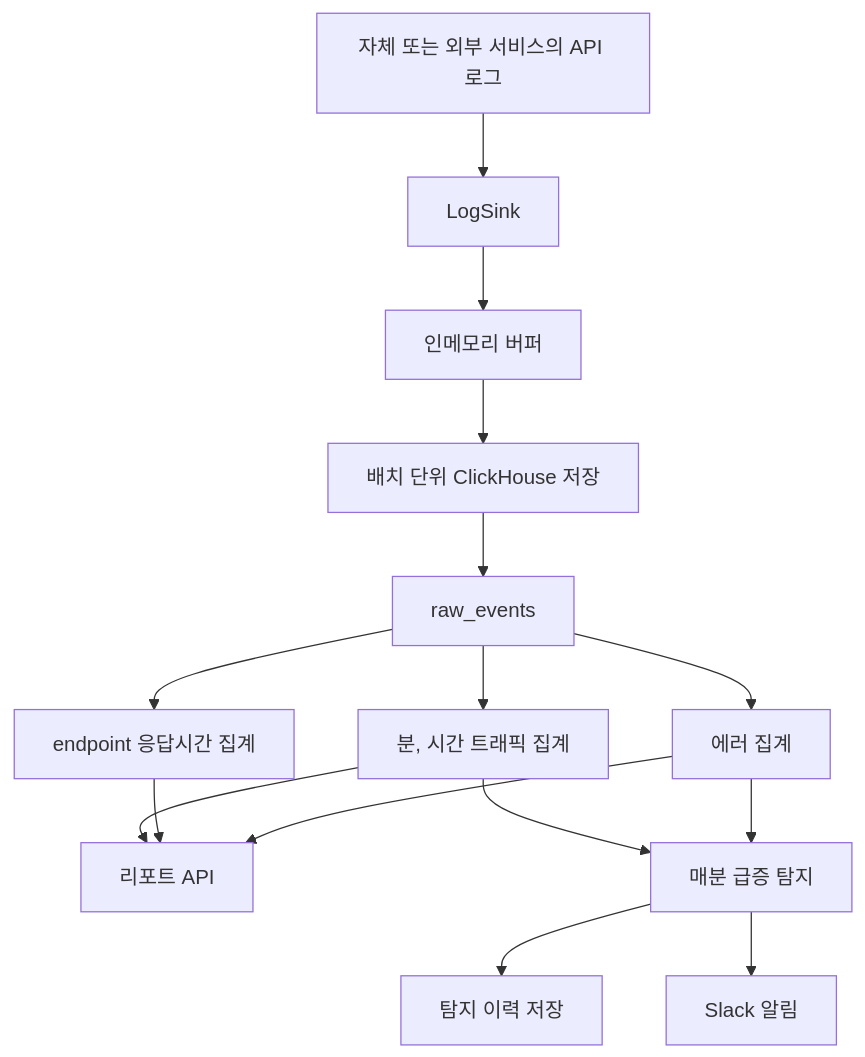
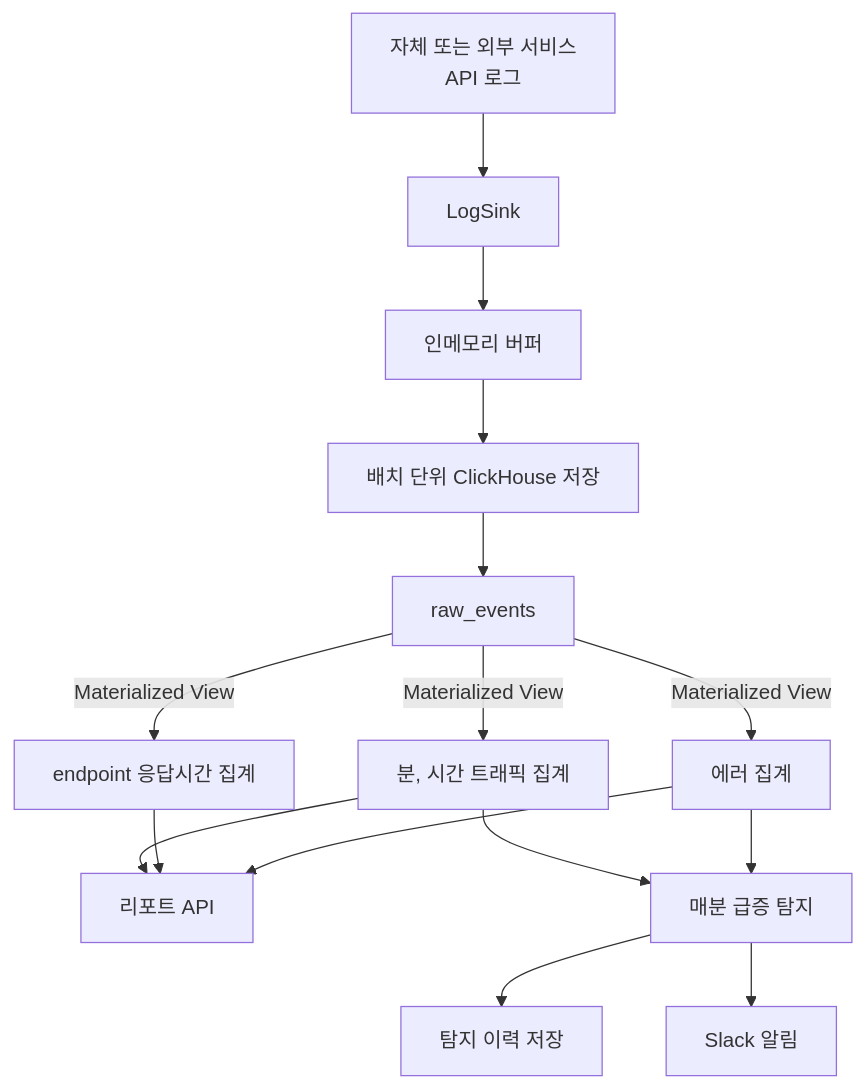
One commit to KimHG1995/work-history changed the diagram in projects/loglens/mvp.md. Above: the diagram before and after it, drawn with Mermaid. The commit also changed 18 other files, not shown here.

Commit message:
docs: 공개 Mermaid 다이어그램 가독성 전수 개선

````diff
--- a/projects/loglens/mvp.md
+++ b/projects/loglens/mvp.md
@@ -86,17 +86,17 @@
 ```mermaid
 flowchart TD
-    service["자체 또는 외부 서비스의 API 로그"] --> sink["LogSink"]
+    service["자체 또는 외부 서비스<br/>API 로그"] --> sink["LogSink"]
     sink --> buffer["인메모리 버퍼"]
     buffer --> batch["배치 단위 ClickHouse 저장"]
     batch --> raw["raw_events"]
-    raw --> traffic["분, 시간 트래픽 집계"]
-    raw --> latency["endpoint 응답시간 집계"]
-    raw --> error["에러 집계"]
+    raw -->|Materialized View| traffic["분, 시간 트래픽 집계"]
+    raw -->|Materialized View| latency["endpoint 응답시간 집계"]
+    raw -->|Materialized View| error["에러 집계"]
     traffic --> report["리포트 API"]
     latency --> report
     error --> report
     traffic --> detect["매분 급증 탐지"]
     error --> detect
     detect --> history["탐지 이력 저장"]
     detect --> slack["Slack 알림"]
 ```
````
